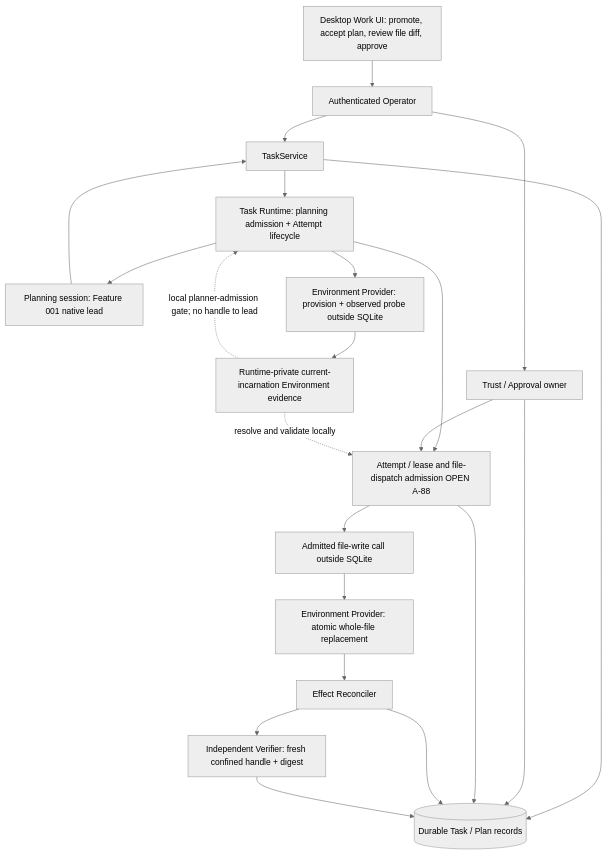
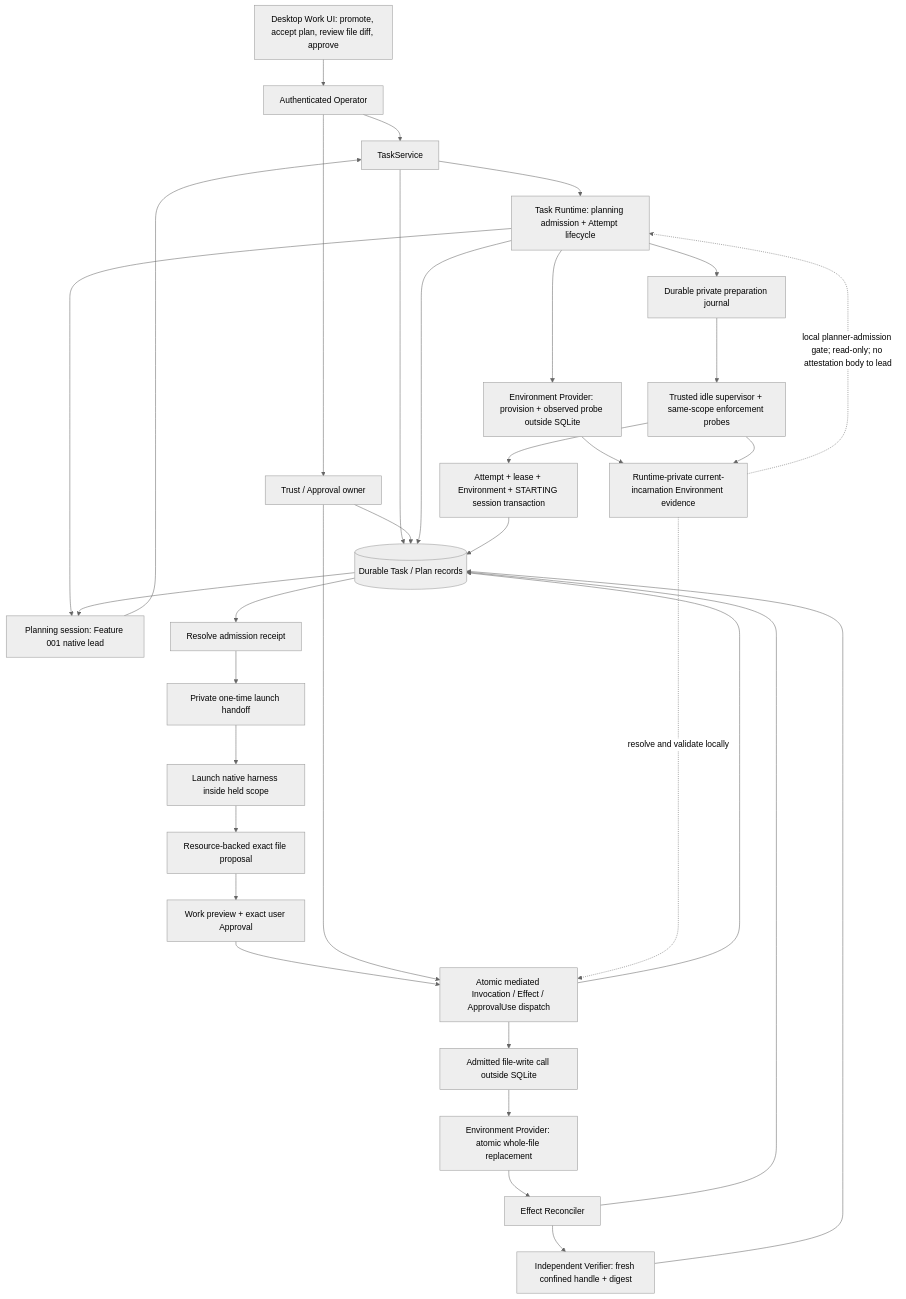
The diagram in specs/005-safe-task-path/SPEC.md (sarv-projects/litecowork), drawn with Mermaid (neutral theme) before and after one commit. The commit also changed other lines of this file and 146 other files, not shown here.

````diff
--- a/specs/005-safe-task-path/SPEC.md
+++ b/specs/005-safe-task-path/SPEC.md
@@ -96,24 +104,36 @@
 ```mermaid
 flowchart TD
   UI[Desktop Work UI: promote, accept plan, review file diff, approve] --> OP[Authenticated Operator]
   OP --> TS[TaskService]
   TS --> DB[(Durable Task / Plan records)]
   TS --> TR[Task Runtime: planning admission + Attempt lifecycle]
   TR --> PL[Planning session: Feature 001 native lead]
   PL --> TS
   OP --> TRUST[Trust / Approval owner]
   TRUST --> DB
   TR --> PROV[Environment Provider: provision + observed probe outside SQLite]
   PROV --> PRIVATE[Runtime-private current-incarnation Environment evidence]
-  PRIVATE -. local planner-admission gate; no handle to lead .-> TR
-  TR --> AA[Attempt / lease and file-dispatch admission OPEN A-88]
-  TRUST --> AA
-  PRIVATE -. resolve and validate locally .-> AA
-  AA --> DB
-  AA --> FW[Admitted file-write call outside SQLite]
+  PRIVATE -. local planner-admission gate; read-only; no attestation body to lead .-> TR
+  TR --> DB
+  DB --> PL
+  TR --> JOURNAL[Durable private preparation journal]
+  JOURNAL --> PREP[Trusted idle supervisor + same-scope enforcement probes]
+  PREP --> PRIVATE
+  PREP --> ATT[Attempt + lease + Environment + STARTING session transaction]
+  ATT --> DB
+  DB --> START[Resolve admission receipt]
+  START --> HANDOFF[Private one-time launch handoff]
+  HANDOFF --> AGENT[Launch native harness inside held scope]
+  AGENT --> PROPOSE[Resource-backed exact file proposal]
+  PROPOSE --> REVIEW[Work preview + exact user Approval]
+  REVIEW --> DISPATCH[Atomic mediated Invocation / Effect / ApprovalUse dispatch]
+  TRUST --> DISPATCH
+  PRIVATE -. resolve and validate locally .-> DISPATCH
+  DISPATCH --> DB
+  DISPATCH --> FW[Admitted file-write call outside SQLite]
   FW --> ENV[Environment Provider: atomic whole-file replacement]
   ENV --> REC[Effect Reconciler]
   REC --> DB
   REC --> VER[Independent Verifier: fresh confined handle + digest]
   VER --> DB
 ```
````
